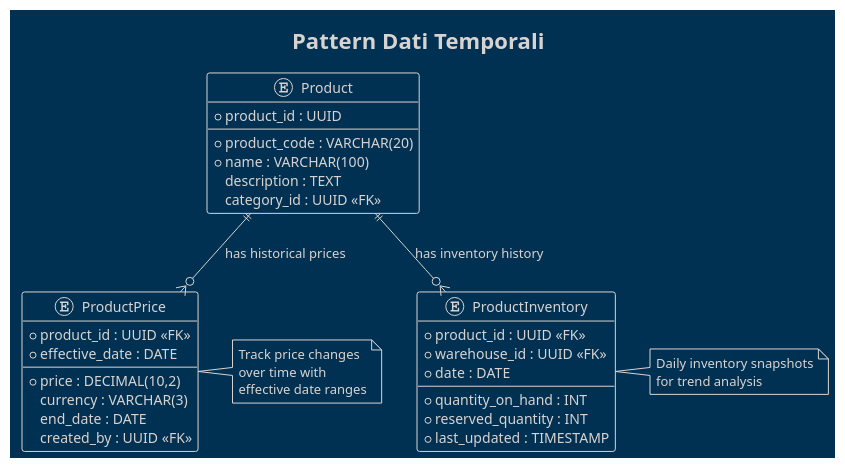
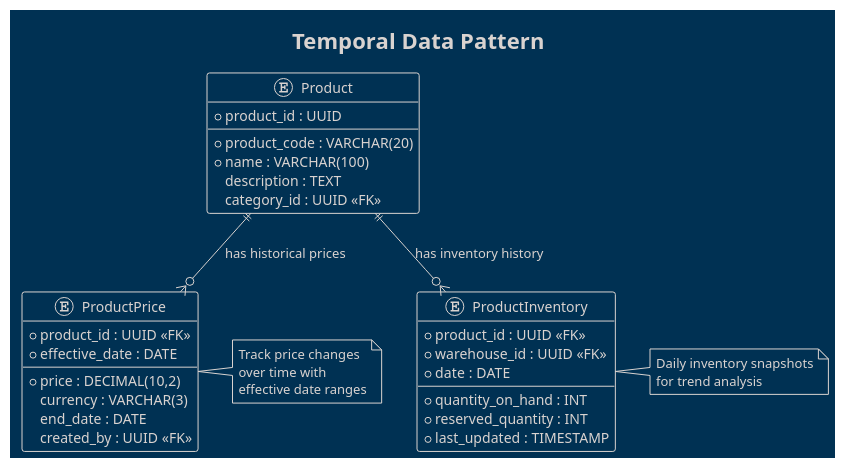
One commit to Seniorsimo/sas-template changed diagram 14 of 26 in 05-database-design/er-diagram/README.md. Above: the diagram before and after it, drawn with PlantUML. The commit also changed other lines of this file and 49 other files, not shown here.

````diff
--- a/05-database-design/er-diagram/README.md
+++ b/05-database-design/er-diagram/README.md
@@ -292,42 +292,42 @@
 ```plantuml
 @startuml
 !theme blueprint
-title Pattern Dati Temporali
+title Temporal Data Pattern
 
 entity Product {
   * product_id : UUID
   --
   * product_code : VARCHAR(20)
   * name : VARCHAR(100)
   description : TEXT
   category_id : UUID <<FK>>
 }
 
 entity ProductPrice {
   * product_id : UUID <<FK>>
   * effective_date : DATE
   --
   * price : DECIMAL(10,2)
   currency : VARCHAR(3)
   end_date : DATE
   created_by : UUID <<FK>>
 }
 
 entity ProductInventory {
   * product_id : UUID <<FK>>
   * warehouse_id : UUID <<FK>>
   * date : DATE
   --
   * quantity_on_hand : INT
   * reserved_quantity : INT
   * last_updated : TIMESTAMP
 }
 
 Product ||--o{ ProductPrice : "has historical prices"
 Product ||--o{ ProductInventory : "has inventory history"
 
 note right of ProductPrice : Track price changes\nover time with\neffective date ranges
 
 note right of ProductInventory : Daily inventory snapshots\nfor trend analysis
 @enduml
 ```
````
